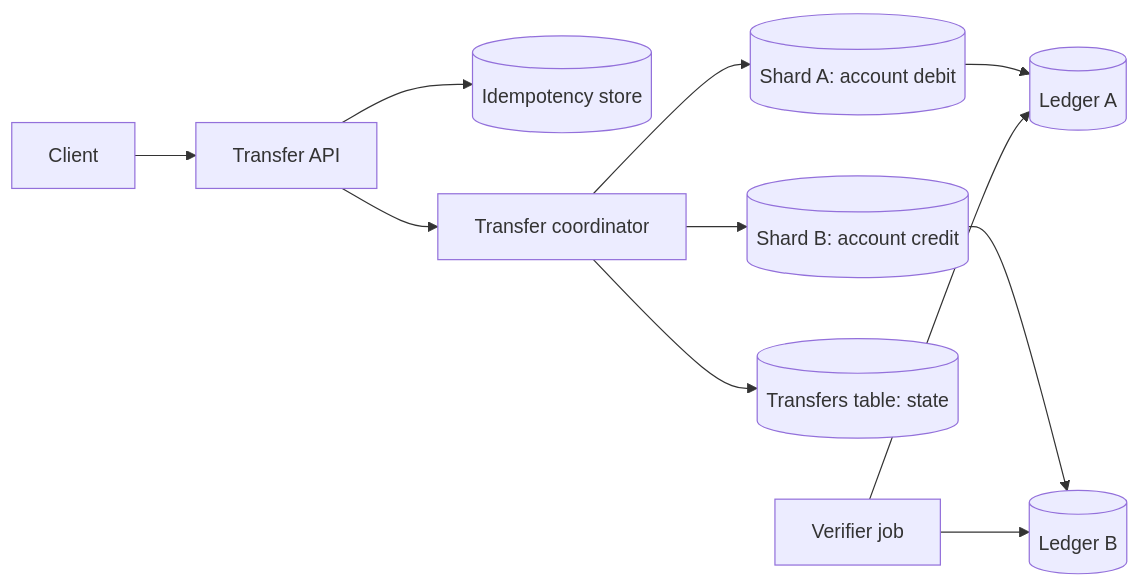
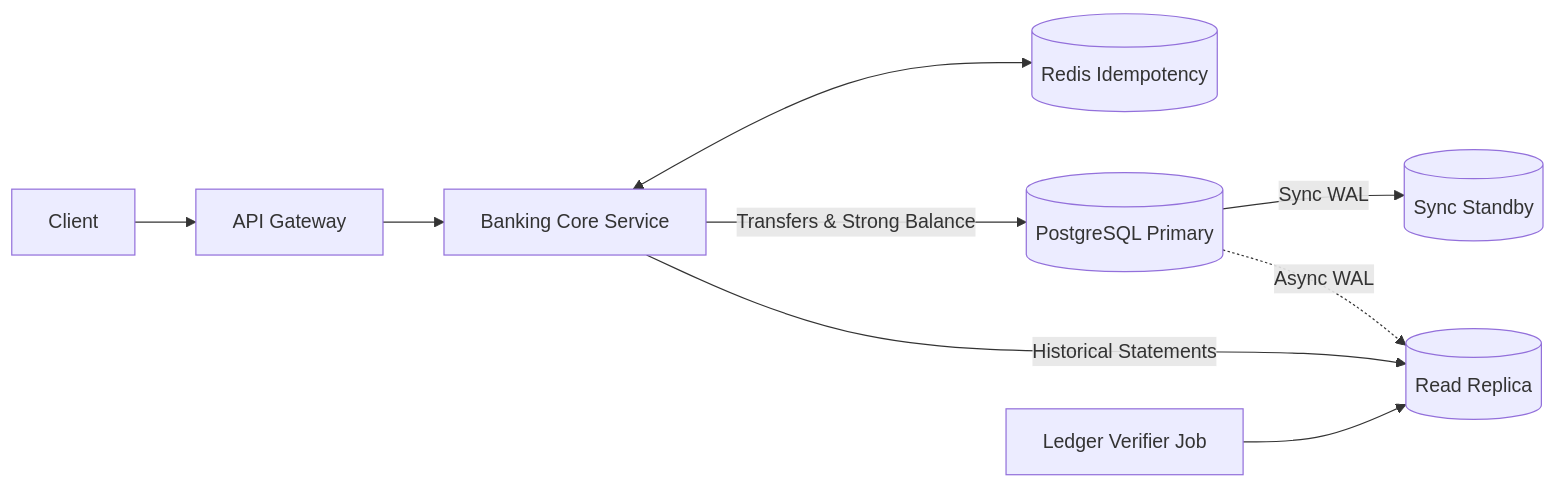
Before and after one commit to TapanKumarBarik/Backend-roadmap: the second of 5 diagrams in content/system-design/22-interview-design-problems/17-banking-transaction-system/README.md, drawn with Mermaid. The commit also changed other lines of this file and 37 other files, not shown here.

Commit message:
Upgrade Track 22 (37 interview design problems) with scale-by-scale architecture evolution

````diff
--- a/content/system-design/22-interview-design-problems/17-banking-transaction-system/README.md
+++ b/content/system-design/22-interview-design-problems/17-banking-transaction-system/README.md
@@ -106,13 +189,11 @@
 ```mermaid
 flowchart LR
-  C["Client"] --> API["Transfer API"]
-  API --> IK[("Idempotency store")]
-  API --> TC["Transfer coordinator"]
-  TC --> S1[("Shard A: account debit")]
-  TC --> S2[("Shard B: account credit")]
-  S1 --> L1[("Ledger A")]
-  S2 --> L2[("Ledger B")]
-  TC --> T[("Transfers table: state")]
-  V["Verifier job"] --> L1
-  V --> L2
+  C["Client"] --> GW["API Gateway"]
+  GW --> CORE["Banking Core Service"]
+  CORE <--> RD[("Redis Idempotency")]
+  CORE -- "Transfers & Strong Balance" --> PG[("PostgreSQL Primary")]
+  PG -- "Sync WAL" --> SB[("Sync Standby")]
+  PG -. "Async WAL" .-> RR[("Read Replica")]
+  CORE -- "Historical Statements" --> RR
+  VER["Ledger Verifier Job"] --> RR
 ```
````
